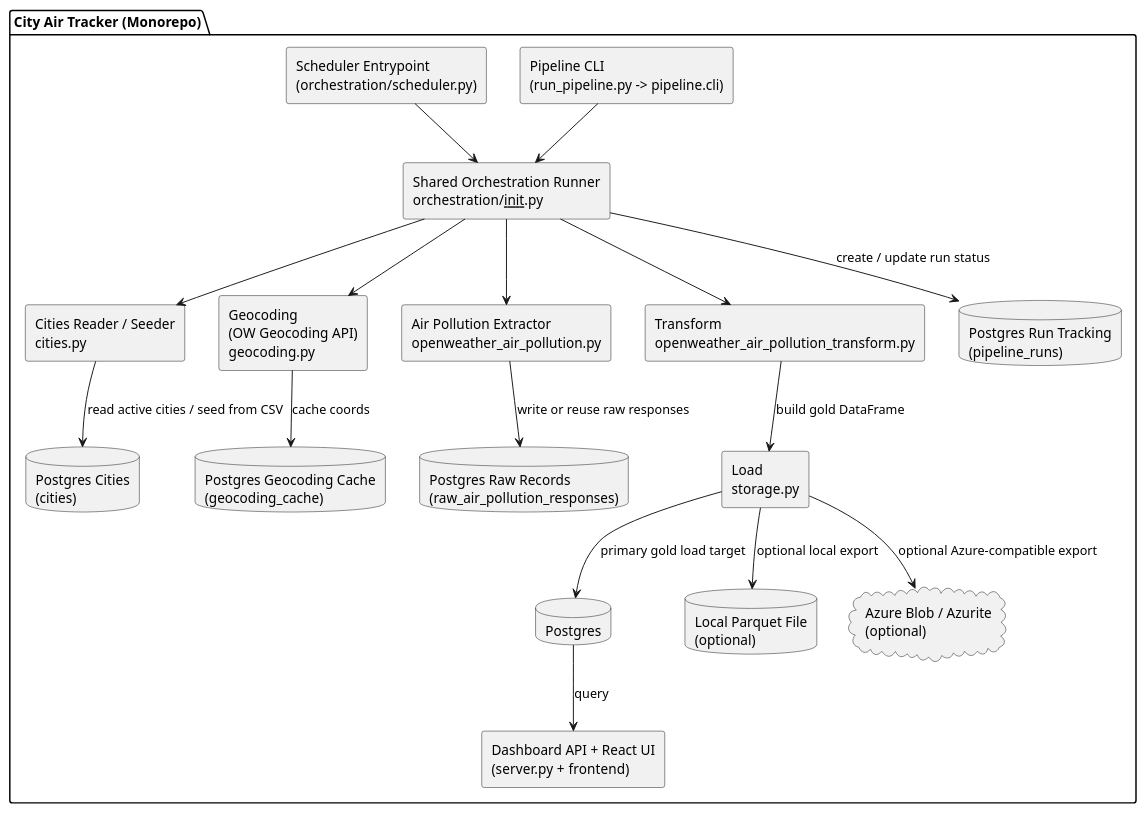
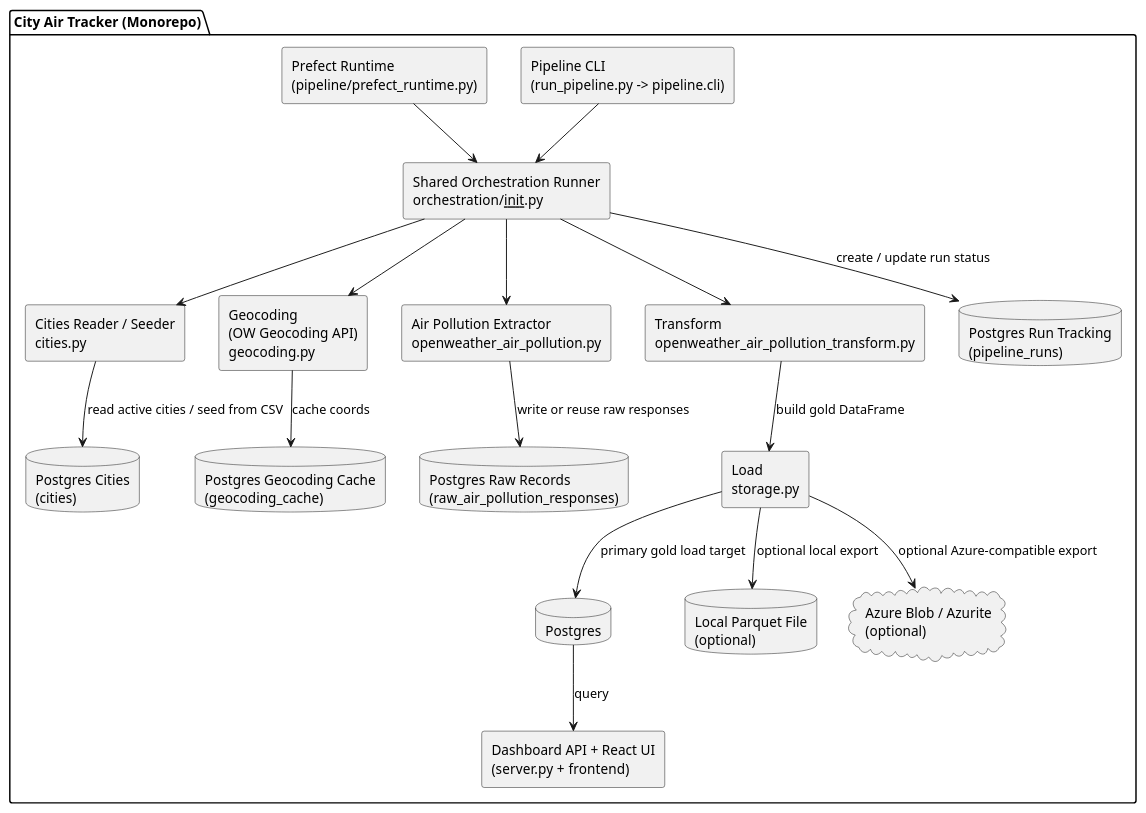
One commit to Code-the-Dream-School/practicum-city-air-tracker changed the first of 2 diagrams in docs/architecture/architecture.md. Above: the diagram before and after it, drawn with PlantUML. The commit also changed 10 other files, not shown here.

Commit message:
AIR-011.12 remove scheduler shim and align orchestration to Prefect

````diff
--- a/docs/architecture/architecture.md
+++ b/docs/architecture/architecture.md
@@ -5,41 +5,41 @@
 ```plantuml
 @startuml
 skinparam componentStyle rectangle
 
 package "City Air Tracker (Monorepo)" {
   [Pipeline CLI\n(run_pipeline.py -> pipeline.cli)] as cli
-  [Scheduler Entrypoint\n(orchestration/scheduler.py)] as sched
+  [Prefect Runtime\n(pipeline/prefect_runtime.py)] as prefect
   component "Shared Orchestration Runner\norchestration/__init__.py" as orch
   component "Cities Reader / Seeder\ncities.py" as citiesmod
   component "Geocoding\n(OW Geocoding API)\ngeocoding.py" as geo
   component "Air Pollution Extractor\nopenweather_air_pollution.py" as ex
   component "Transform\nopenweather_air_pollution_transform.py" as tr
   component "Load\nstorage.py" as ld
   database "Postgres Cities\n(cities)" as cities
   database "Postgres Geocoding Cache\n(geocoding_cache)" as geocache
   database "Postgres Raw Records\n(raw_air_pollution_responses)" as raw
   database "Postgres Run Tracking\n(pipeline_runs)" as runs
   database "Postgres" as pg
   database "Local Parquet File\n(optional)" as parquet
   cloud "Azure Blob / Azurite\n(optional)" as blob
   component "Dashboard API + React UI\n(server.py + frontend)" as dash
 }
 
 cli --> orch
-sched --> orch
+prefect --> orch
 orch --> citiesmod
 citiesmod --> cities : read active cities / seed from CSV
 orch --> geo
 geo --> geocache : cache coords
 orch --> ex
 ex --> raw : write or reuse raw responses
 orch --> tr
 tr --> ld : build gold DataFrame
 orch --> runs : create / update run status
 ld --> pg : primary gold load target
 ld --> parquet : optional local export
 ld --> blob : optional Azure-compatible export
 pg --> dash : query
 
 @enduml
 ```
````
